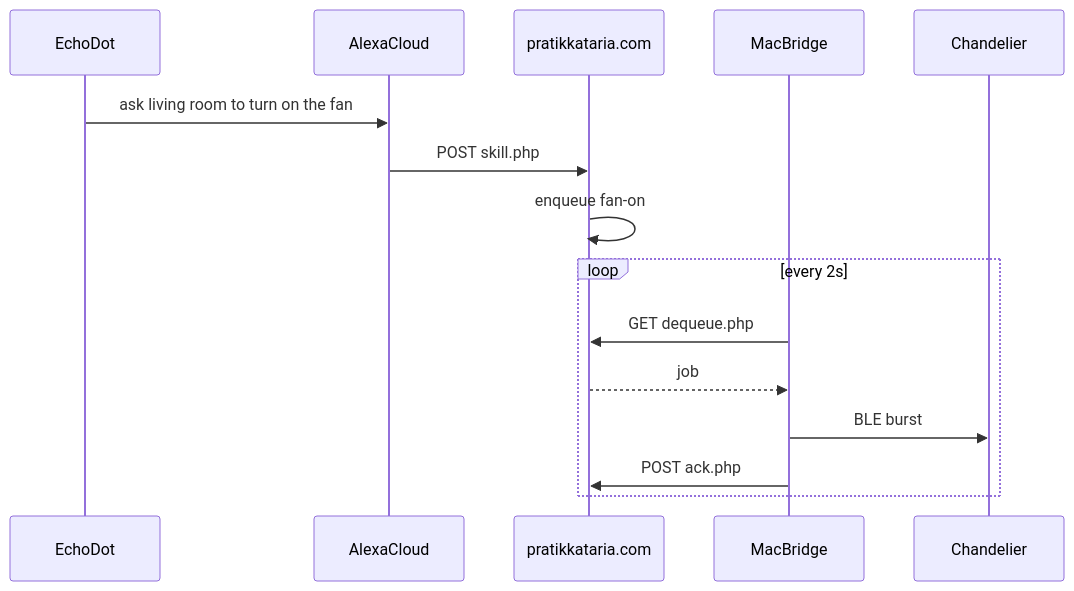
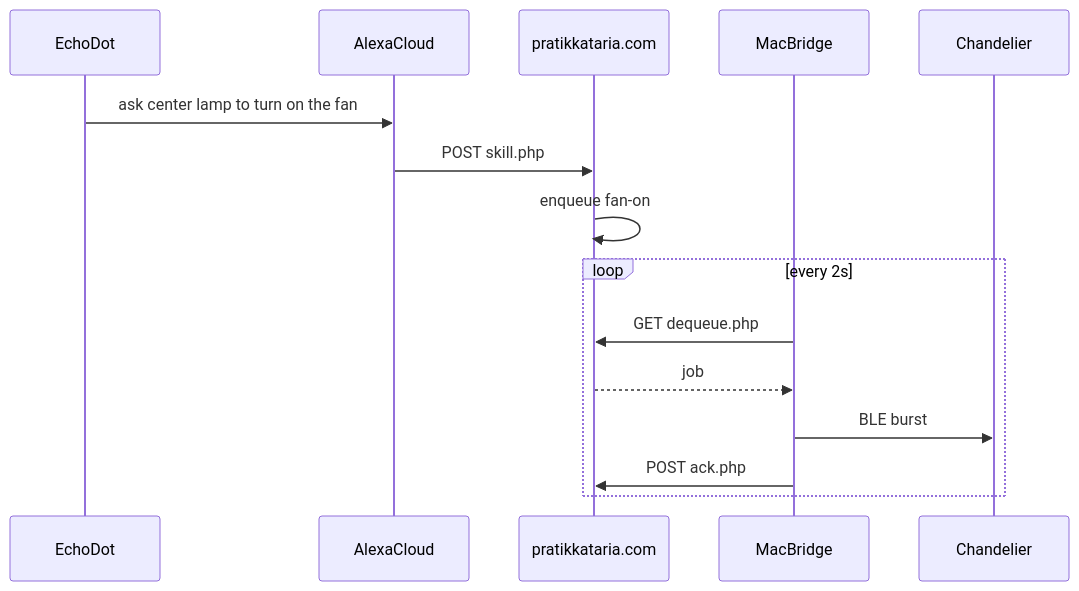
One commit to kpratik2015/Home-Automation changed the diagram in jingyuan-fan-lamp/README.md. Above: the diagram before and after it, drawn with Mermaid. The commit also changed other lines of this file and 6 other files, not shown here.

````diff
--- a/jingyuan-fan-lamp/README.md
+++ b/jingyuan-fan-lamp/README.md
@@ -56,18 +56,18 @@
 ```mermaid
 sequenceDiagram
   participant Echo as EchoDot
   participant Alexa as AlexaCloud
   participant Host as pratikkataria.com
   participant Mac as MacBridge
   participant Fan as Chandelier
 
-  Echo->>Alexa: ask living room to turn on the fan
+  Echo->>Alexa: ask center lamp to turn on the fan
   Alexa->>Host: POST skill.php
   Host->>Host: enqueue fan-on
   loop every 2s
     Mac->>Host: GET dequeue.php
     Host-->>Mac: job
     Mac->>Fan: BLE burst
     Mac->>Host: POST ack.php
   end
 ```
````
